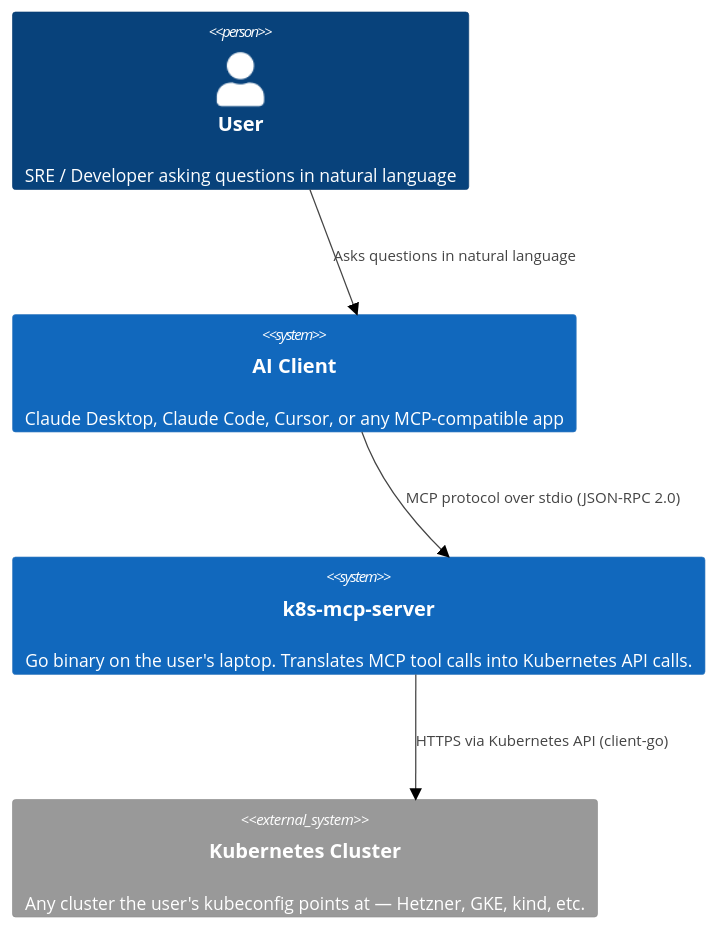
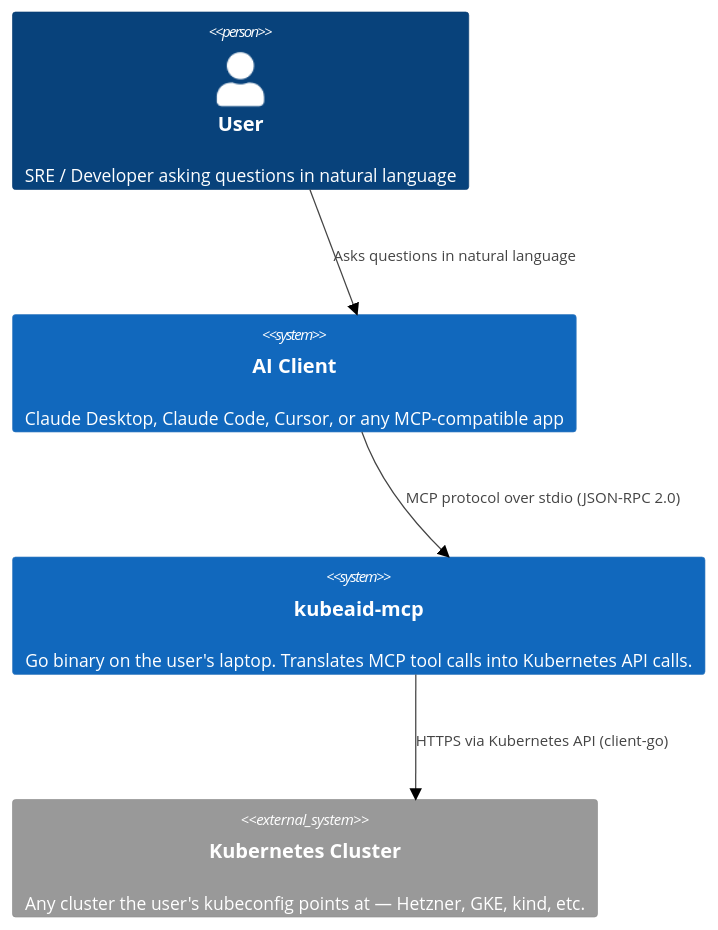
One commit to 1Shubham7/kubeaid-mcp changed the first of 8 diagrams in design.md. Above: the diagram before and after it, drawn with Mermaid (neutral theme). The commit also changed other lines of this file and 5 other files, not shown here.

````diff
--- a/design.md
+++ b/design.md
@@ -16,14 +16,14 @@
 ```mermaid
 C4Context
     Person(user, "User", "SRE / Developer asking questions in natural language")
 
     System(ai_client, "AI Client", "Claude Desktop, Claude Code, Cursor, or any MCP-compatible app")
 
-    System(mcp_server, "k8s-mcp-server", "Go binary on the user's laptop. Translates MCP tool calls into Kubernetes API calls.")
+    System(mcp_server, "kubeaid-mcp", "Go binary on the user's laptop. Translates MCP tool calls into Kubernetes API calls.")
 
     System_Ext(k8s, "Kubernetes Cluster", "Any cluster the user's kubeconfig points at — Hetzner, GKE, kind, etc.")
 
     Rel(user, ai_client, "Asks questions in natural language")
     Rel(ai_client, mcp_server, "MCP protocol over stdio (JSON-RPC 2.0)")
     Rel(mcp_server, k8s, "HTTPS via Kubernetes API (client-go)")
 ```
````
